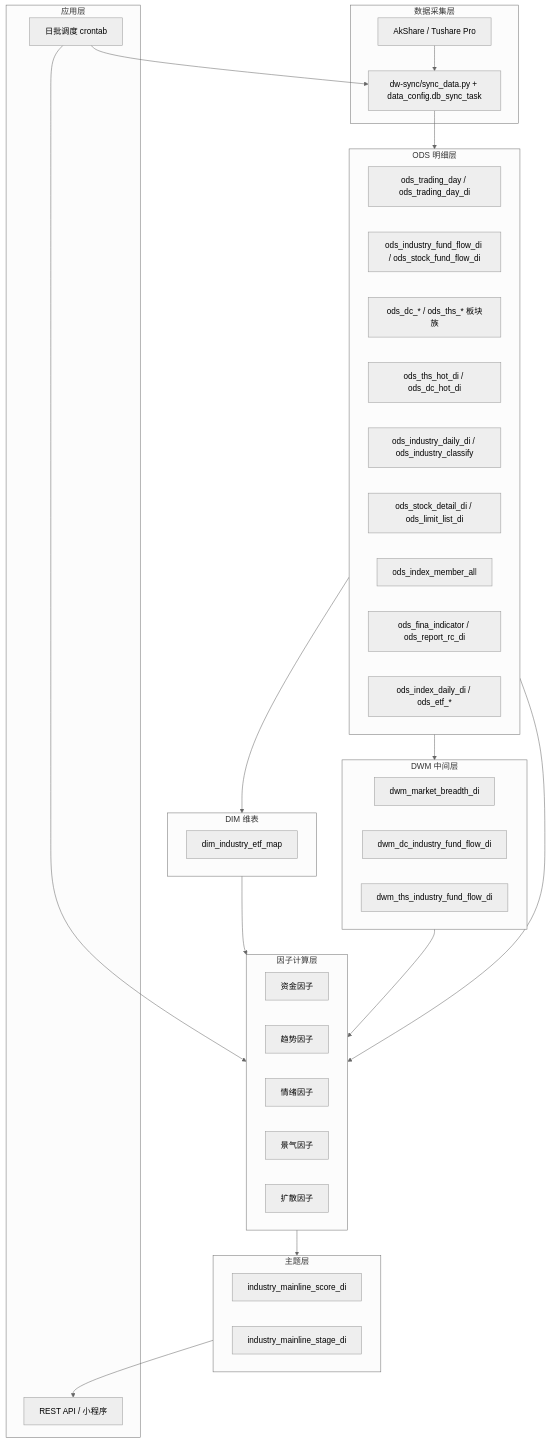
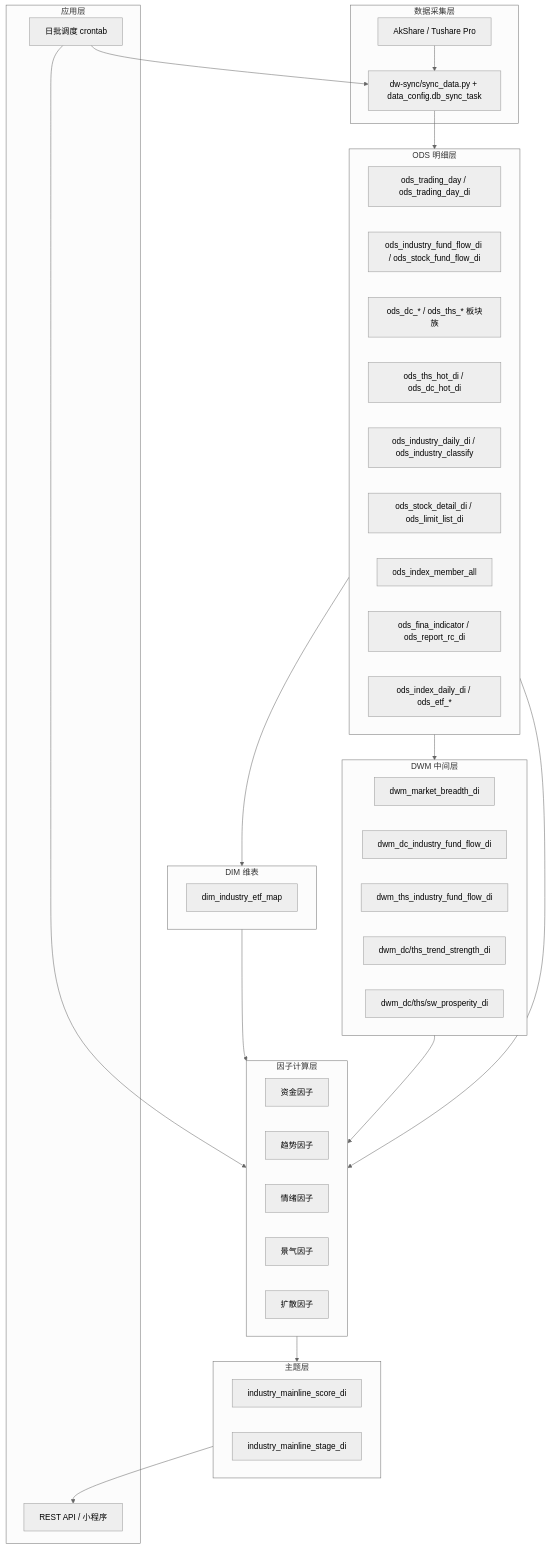
The first of 2 diagrams in 需求整理/需求1-主线板块确认-技术文档.md (jinlujie111/stock_data), drawn with Mermaid (neutral theme) before and after one commit. The commit also changed other lines of this file and 10 other files, not shown here.

````diff
--- a/需求整理/需求1-主线板块确认-技术文档.md
+++ b/需求整理/需求1-主线板块确认-技术文档.md
@@ -11,51 +11,53 @@
 ```mermaid
 flowchart TB
     subgraph ingest [数据采集层]
         AK[AkShare / Tushare Pro]
         SYNC[dw-sync/sync_data.py + data_config.db_sync_task]
     end
     subgraph ods [ODS 明细层]
         T0[ods_trading_day / ods_trading_day_di]
         T1[ods_industry_fund_flow_di / ods_stock_fund_flow_di]
         T1b[ods_dc_* / ods_ths_* 板块族]
         T1c[ods_ths_hot_di / ods_dc_hot_di]
         T2[ods_industry_daily_di / ods_industry_classify]
         T3[ods_stock_detail_di / ods_limit_list_di]
         T4[ods_index_member_all]
         T5[ods_fina_indicator / ods_report_rc_di]
         T6[ods_index_daily_di / ods_etf_*]
     end
     subgraph dwm [DWM 中间层]
         T7[dwm_market_breadth_di]
         T8[dwm_dc_industry_fund_flow_di]
         T9[dwm_ths_industry_fund_flow_di]
+        T10[dwm_dc/ths_trend_strength_di]
+        T11[dwm_dc/ths/sw_prosperity_di]
     end
     subgraph dim [DIM 维表]
         D1[dim_industry_etf_map]
     end
     subgraph dwd [因子计算层]
         F1[资金因子]
         F2[趋势因子]
         F3[情绪因子]
         F4[景气因子]
         F5[扩散因子]
     end
     subgraph dm [主题层]
         SC[industry_mainline_score_di]
         ST[industry_mainline_stage_di]
     end
     subgraph app [应用层]
         API[REST API / 小程序]
         JOB[日批调度 crontab]
     end
     AK --> SYNC --> ods
     ods --> dim
     ods --> dwm
     dim --> dwd
     dwm --> dwd
     ods --> dwd
     dwd --> dm
     dm --> API
     JOB --> SYNC
     JOB --> dwd
 ```
````
